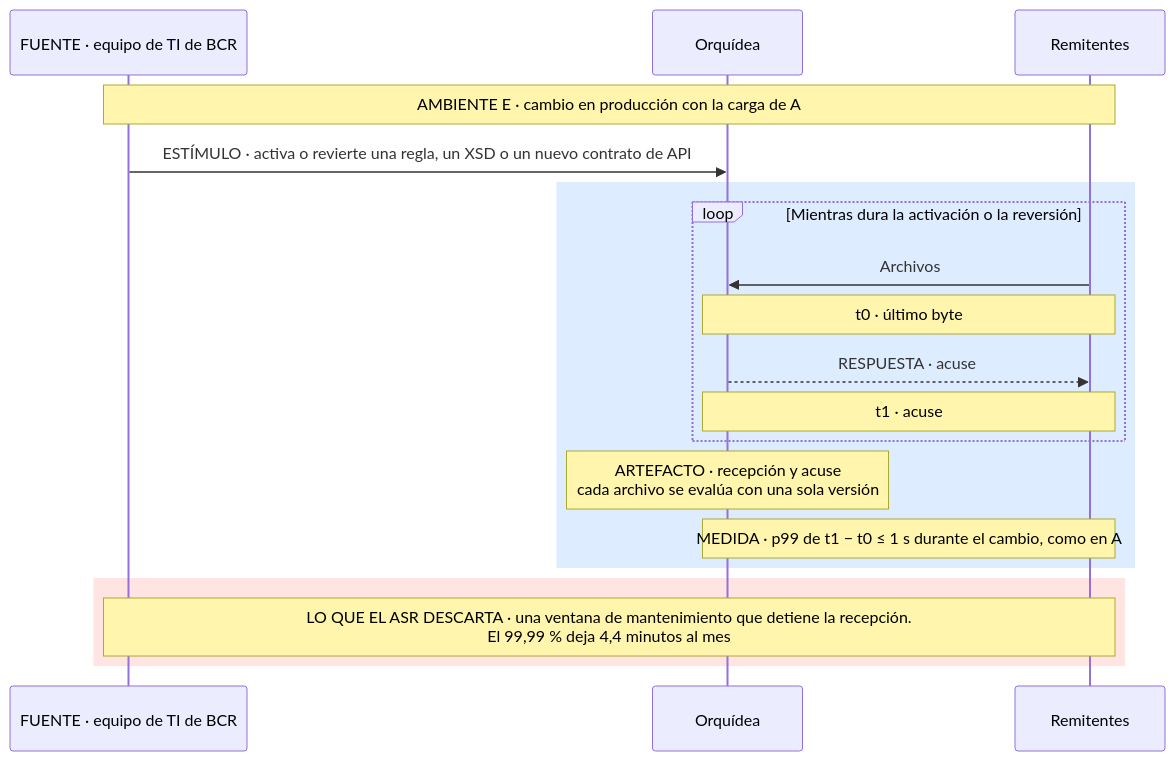
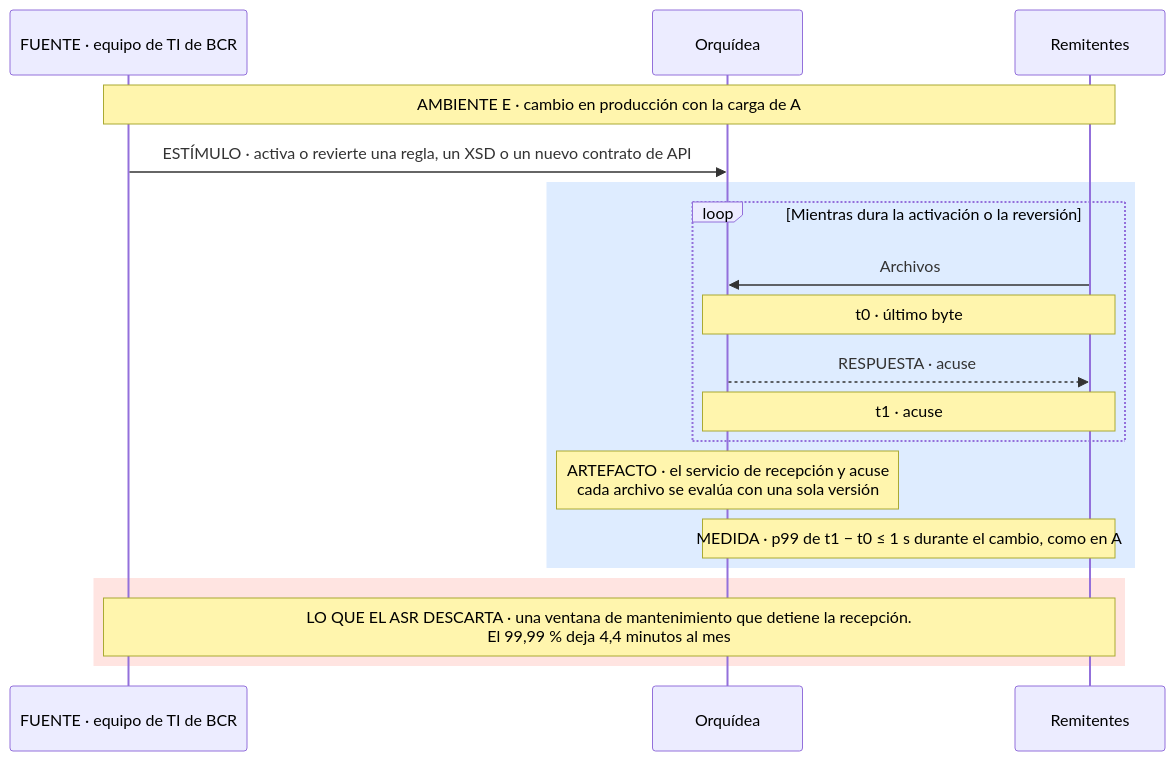
Diagram 11 of 17 in docs/quality-attributes.md (MATI-MBIT/arqsoft-reto-4), drawn with Mermaid before and after one commit. The commit also changed other lines of this file and 3 other files, not shown here.

````diff
--- a/docs/quality-attributes.md
+++ b/docs/quality-attributes.md
@@ -535,21 +535,21 @@
 ```mermaid
 sequenceDiagram
     participant T as FUENTE · equipo de TI de BCR
     participant O as Orquídea
     participant R as Remitentes
     Note over T,R: AMBIENTE E · cambio en producción con la carga de A
     T->>O: ESTÍMULO · activa o revierte una regla, un XSD o un nuevo contrato de API
     rect rgb(222, 236, 255)
     loop Mientras dura la activación o la reversión
         R->>O: Archivos
         Note over O,R: t0 · último byte
         O-->>R: RESPUESTA · acuse
         Note over O,R: t1 · acuse
     end
-    Note over O: ARTEFACTO · recepción y acuse<br/>cada archivo se evalúa con una sola versión
+    Note over O: ARTEFACTO · el servicio de recepción y acuse<br/>cada archivo se evalúa con una sola versión
     Note over O,R: MEDIDA · p99 de t1 − t0 ≤ 1 s durante el cambio, como en A
     end
     rect rgb(255, 228, 225)
     Note over T,R: LO QUE EL ASR DESCARTA · una ventana de mantenimiento que detiene la recepción.<br/>El 99,99 % deja 4,4 minutos al mes
     end
 ```
````
